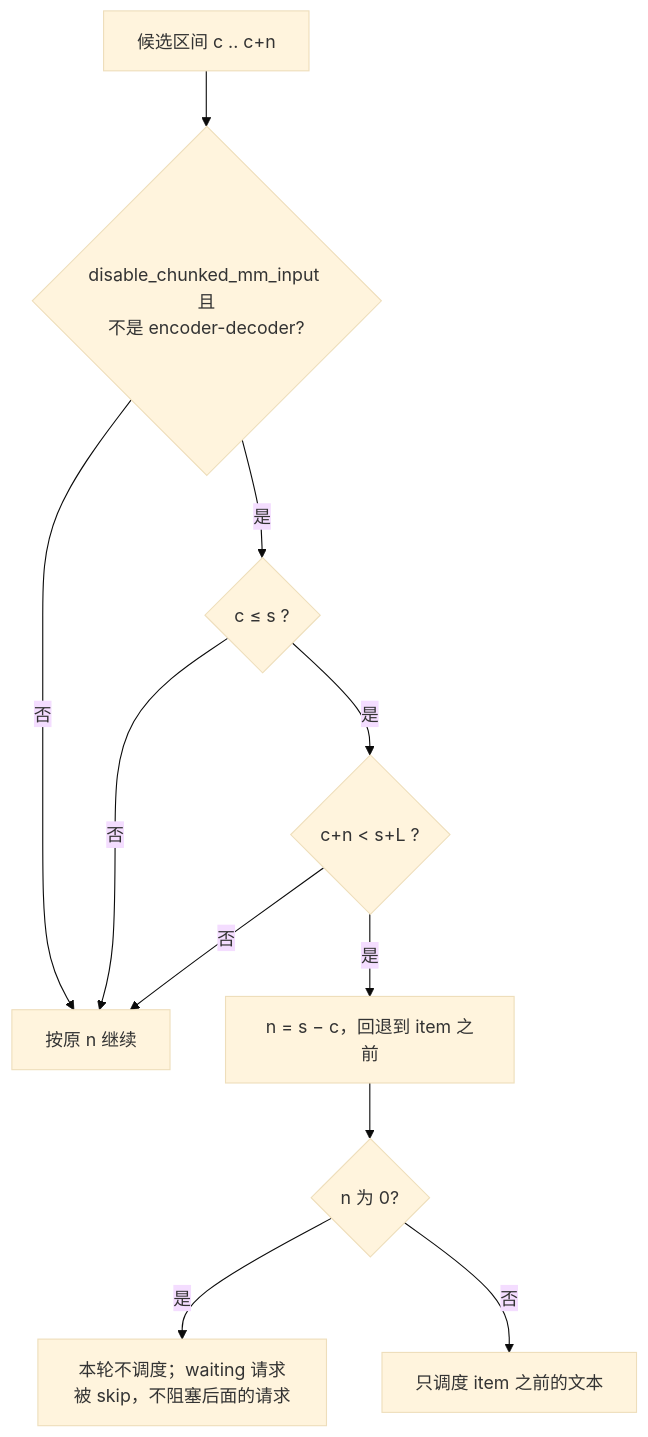
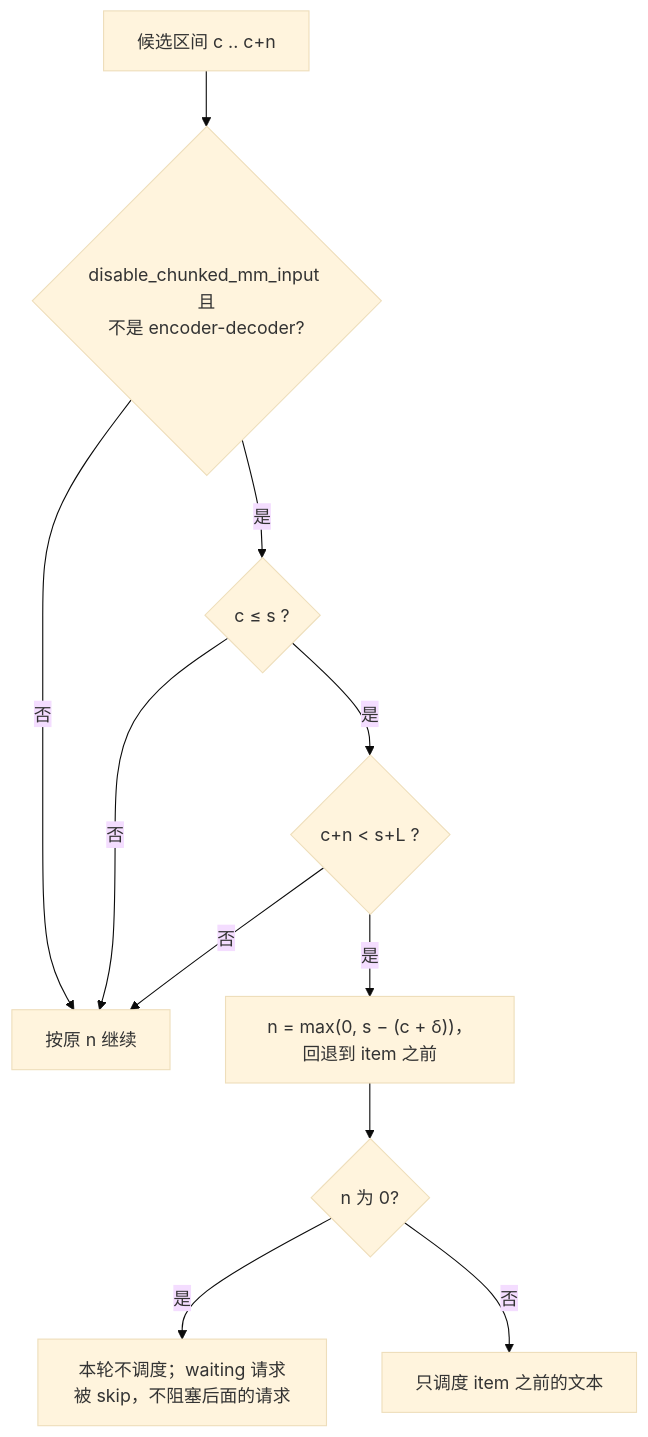
One commit to cluster1900/vllm_reader changed diagram 20 of 29 in book/04-scheduler/README.md. Above: the diagram before and after it, drawn with Mermaid (base theme). The commit also changed other lines of this file and 3 other files, not shown here.

````diff
--- a/book/04-scheduler/README.md
+++ b/book/04-scheduler/README.md
@@ -1091,13 +1099,13 @@
 ```mermaid
 flowchart TD
     A[候选区间 c .. c+n] --> B{disable_chunked_mm_input 且<br/>不是 encoder-decoder?}
     B -->|否| OK[按原 n 继续]
     B -->|是| C{c ≤ s ?}
     C -->|否| OK
     C -->|是| D{c+n < s+L ?}
     D -->|否| OK
-    D -->|是| CUT[n = s − c，回退到 item 之前]
+    D -->|是| CUT["n = max(0, s − (c + δ))，回退到 item 之前"]
     CUT --> E{n 为 0?}
     E -->|是| SKIP[本轮不调度；waiting 请求被 skip，不阻塞后面的请求]
     E -->|否| OK2[只调度 item 之前的文本]
 ```
````
